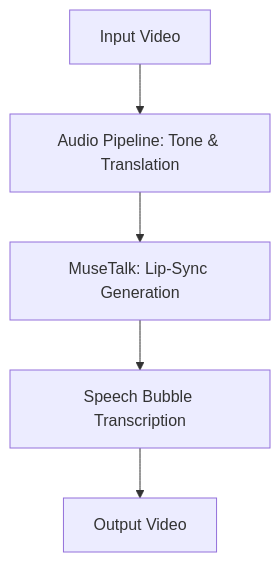
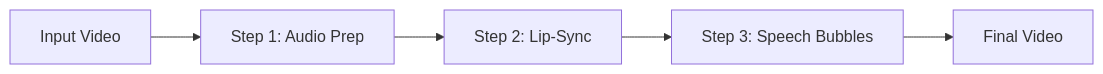
The first of 2 diagrams in README.md (krishaygarg/video-translation), drawn with Mermaid before and after one commit. The commit also changed other lines of this file, not shown here.

Commit message:
docs: Add technical systems architecture diagram to README

````diff
--- a/README.md
+++ b/README.md
@@ -35,7 +37,7 @@
 ```mermaid
-graph TD
-    Input[Input Video] --> Step1[Audio Pipeline: Tone & Translation]
-    Step1 --> Step2[MuseTalk: Lip-Sync Generation]
-    Step2 --> Step3[Speech Bubble Transcription]
-    Step3 --> Output[Output Video]
+graph LR
+    Input[Input Video] --> S1[Step 1: Audio Prep]
+    S1 --> S2[Step 2: Lip-Sync]
+    S2 --> S3[Step 3: Speech Bubbles]
+    S3 --> Output[Final Video]
 ```
````
